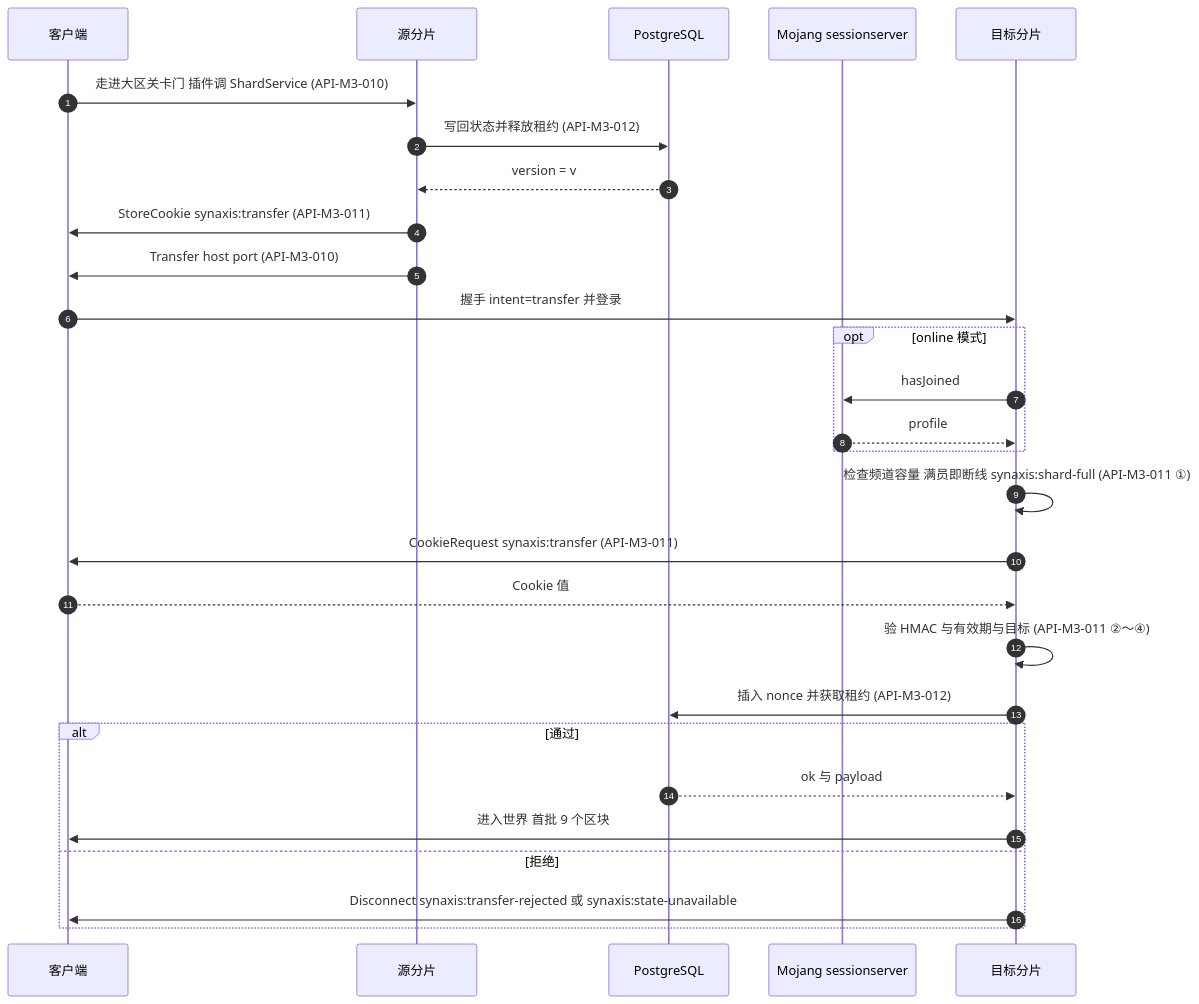
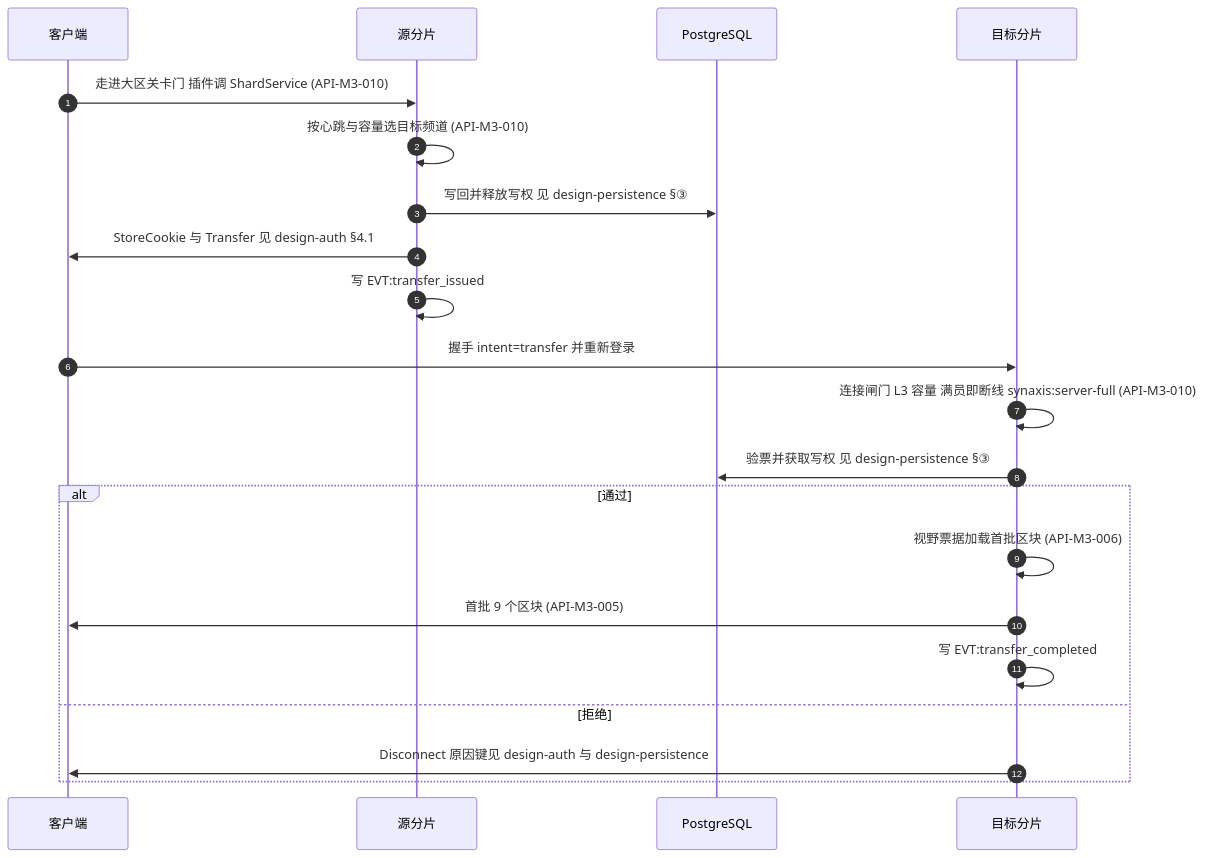
Before and after one commit to Bearisbug/synaxis: the sixth of 9 diagrams in docs/DESIGN-M3.md, drawn with Mermaid. The commit also changed other lines of this file and 5 other files, not shown here.

````diff
--- a/docs/DESIGN-M3.md
+++ b/docs/DESIGN-M3.md
@@ -640,30 +680,23 @@
 ```mermaid
 sequenceDiagram
   autonumber
   participant C as 客户端
   participant S as 源分片
   participant DB as PostgreSQL
-  participant MJ as Mojang sessionserver
   participant D as 目标分片
   C->>S: 走进大区关卡门 插件调 ShardService (API-M3-010)
-  S->>DB: 写回状态并释放租约 (API-M3-012)
-  DB-->>S: version = v
-  S->>C: StoreCookie synaxis:transfer (API-M3-011)
-  S->>C: Transfer host port (API-M3-010)
-  C->>D: 握手 intent=transfer 并登录
-  opt online 模式
-    D->>MJ: hasJoined
-    MJ-->>D: profile
-  end
-  D->>D: 检查频道容量 满员即断线 synaxis:shard-full (API-M3-011 ①)
-  D->>C: CookieRequest synaxis:transfer (API-M3-011)
-  C-->>D: Cookie 值
-  D->>D: 验 HMAC 与有效期与目标 (API-M3-011 ②～④)
-  D->>DB: 插入 nonce 并获取租约 (API-M3-012)
+  S->>S: 按心跳与容量选目标频道 (API-M3-010)
+  S->>DB: 写回并释放写权 见 design-persistence §③
+  S->>C: StoreCookie 与 Transfer 见 design-auth §4.1
+  S->>S: 写 EVT:transfer_issued
+  C->>D: 握手 intent=transfer 并重新登录
+  D->>D: 连接闸门 L3 容量 满员即断线 synaxis:server-full (API-M3-010)
+  D->>DB: 验票并获取写权 见 design-persistence §③
   alt 通过
-    DB-->>D: ok 与 payload
-    D->>C: 进入世界 首批 9 个区块
+    D->>D: 视野票据加载首批区块 (API-M3-006)
+    D->>C: 首批 9 个区块 (API-M3-005)
+    D->>D: 写 EVT:transfer_completed
   else 拒绝
-    D->>C: Disconnect synaxis:transfer-rejected 或 synaxis:state-unavailable
+    D->>C: Disconnect 原因键见 design-auth 与 design-persistence
   end
 ```
````
